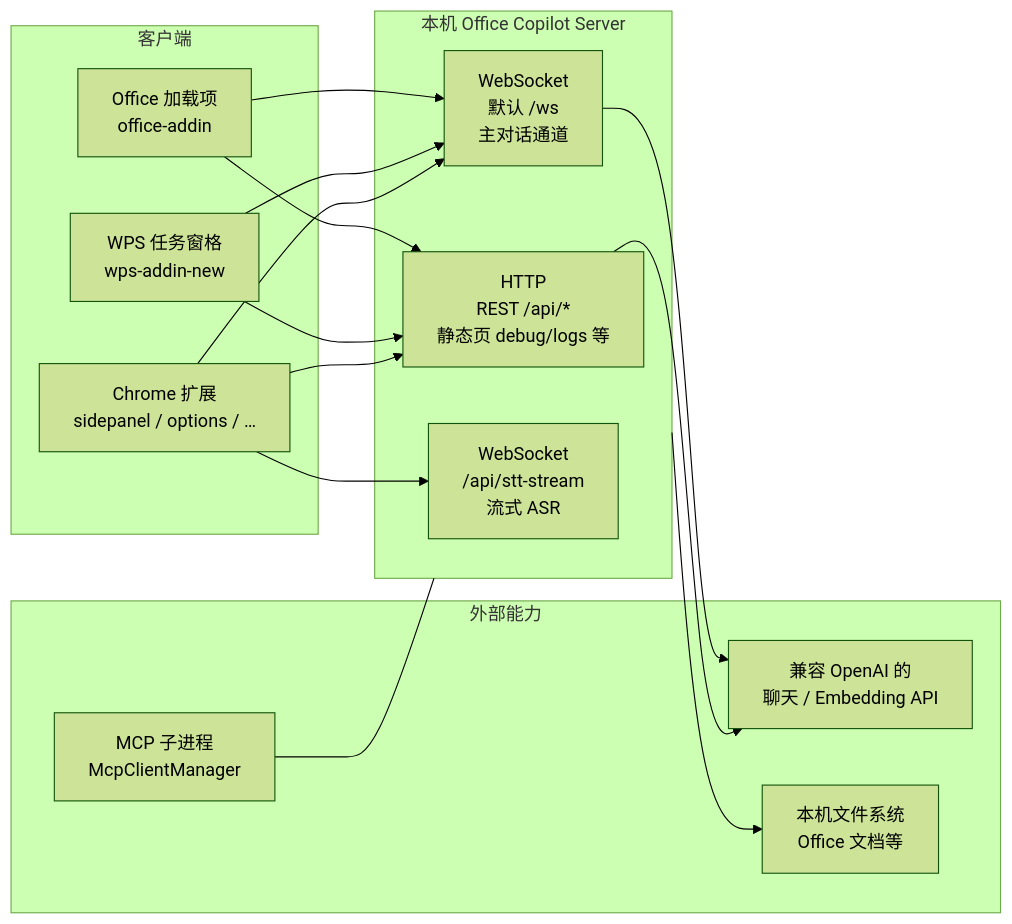
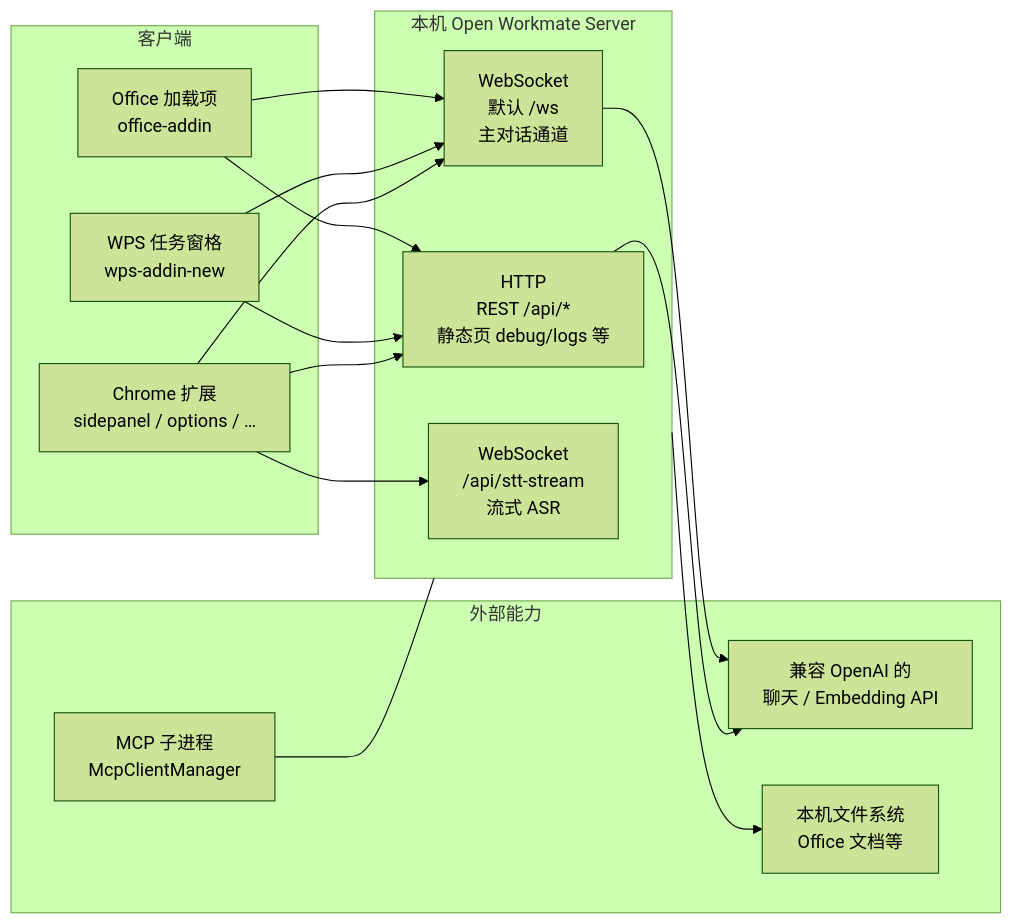
Before and after one commit to torsilver/OpenWorkmate: the second of 10 diagrams in docs/architecture-dimensions.md, drawn with Mermaid (forest theme). The commit also changed other lines of this file and 478 other files, not shown here.

First line of the commit message:
refactor: rename product to Open Workmate (OpenWorkmate)

````diff
--- a/docs/architecture-dimensions.md
+++ b/docs/architecture-dimensions.md
@@ -34,33 +34,33 @@
 ```mermaid
 flowchart LR
   subgraph clients["客户端"]
     EXT["Chrome 扩展<br/>sidepanel / options / …"]
     WPSUI["WPS 任务窗格<br/>wps-addin-new"]
     OFF["Office 加载项<br/>office-addin"]
   end
 
-  subgraph local["本机 Office Copilot Server"]
+  subgraph local["本机 Open Workmate Server"]
     HTTP["HTTP<br/>REST /api/*<br/>静态页 debug/logs 等"]
     WS["WebSocket<br/>默认 /ws<br/>主对话通道"]
     WSSTT["WebSocket<br/>/api/stt-stream<br/>流式 ASR"]
   end
 
   subgraph external["外部能力"]
     LLM["兼容 OpenAI 的<br/>聊天 / Embedding API"]
     MCP["MCP 子进程<br/>McpClientManager"]
     FS["本机文件系统<br/>Office 文档等"]
   end
 
   EXT --> HTTP
   EXT --> WS
   EXT --> WSSTT
   WPSUI --> HTTP
   WPSUI --> WS
   OFF --> HTTP
   OFF --> WS
 
   HTTP --> LLM
   WS --> LLM
   MCP --- local
   local --> FS
 ```
````
